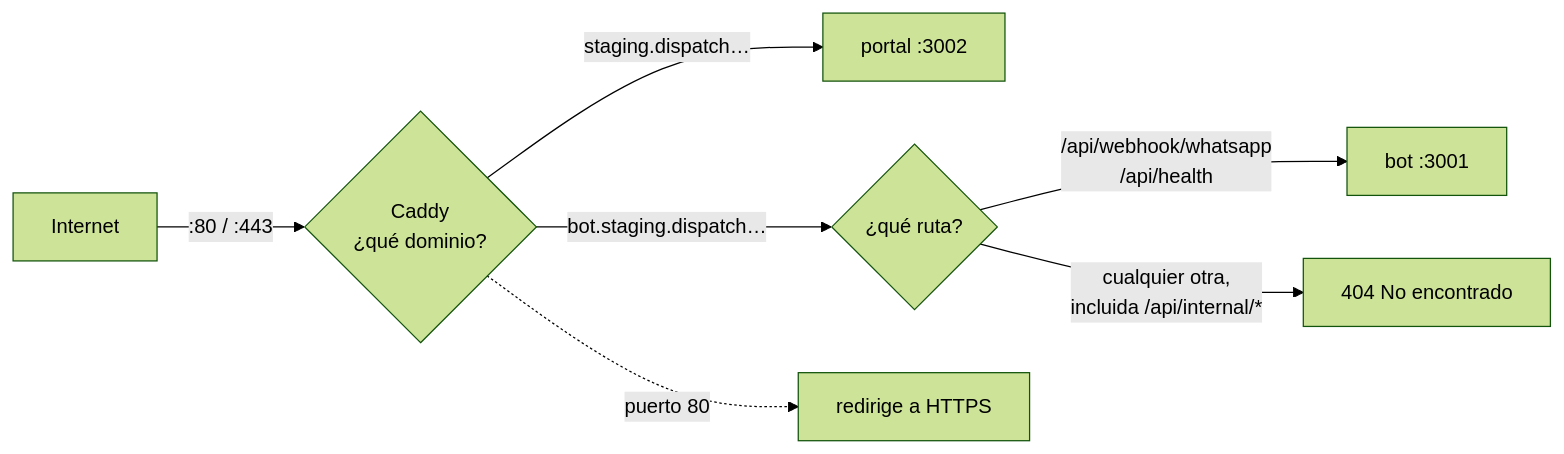
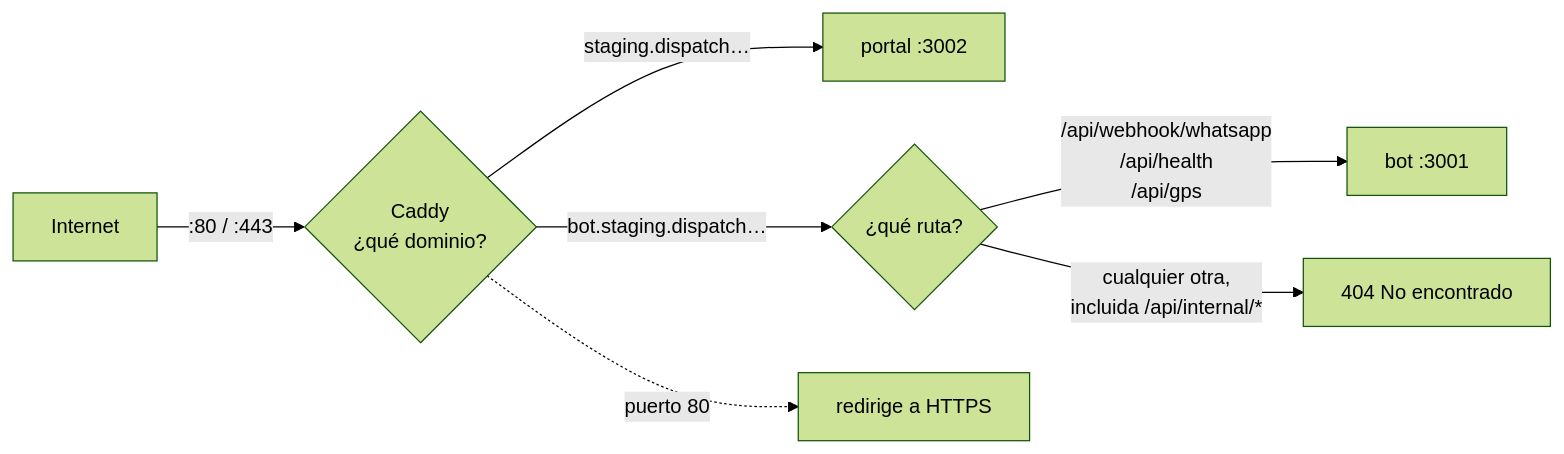
Before and after one commit to clapi-labs/clapi-dispatch: the third of 7 diagrams in docs/INFRAESTRUCTURA.md, drawn with Mermaid (forest theme). The commit also changed other lines of this file and 14 other files, not shown here.

````diff
--- a/docs/INFRAESTRUCTURA.md
+++ b/docs/INFRAESTRUCTURA.md
@@ -146,9 +150,9 @@
 ```mermaid
 flowchart LR
     I[Internet] -- ":80 / :443" --> C{Caddy<br/>¿qué dominio?}
     C -- "staging.dispatch…" --> P[portal :3002]
     C -- "bot.staging.dispatch…" --> R{¿qué ruta?}
-    R -- "/api/webhook/whatsapp<br/>/api/health" --> B[bot :3001]
+    R -- "/api/webhook/whatsapp<br/>/api/health<br/>/api/gps" --> B[bot :3001]
     R -- "cualquier otra,<br/>incluida /api/internal/*" --> X[404 No encontrado]
     C -. "puerto 80" .-> H[redirige a HTTPS]
 ```
````
